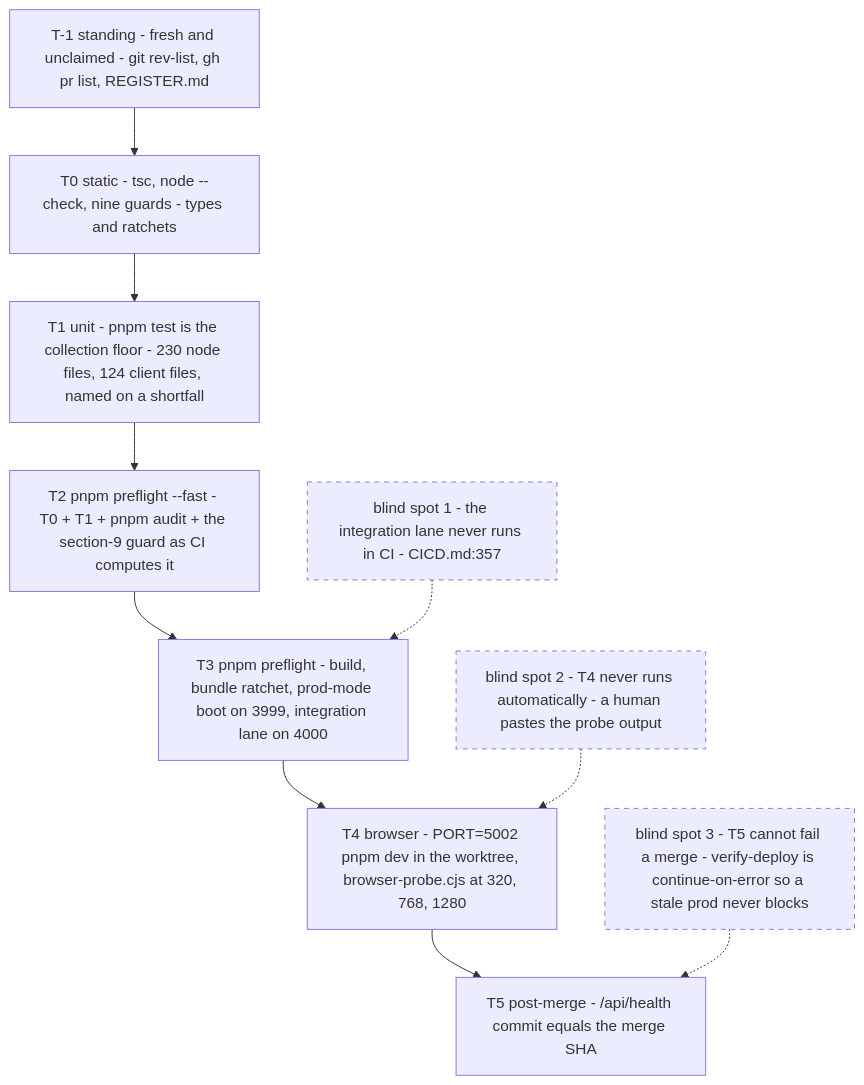
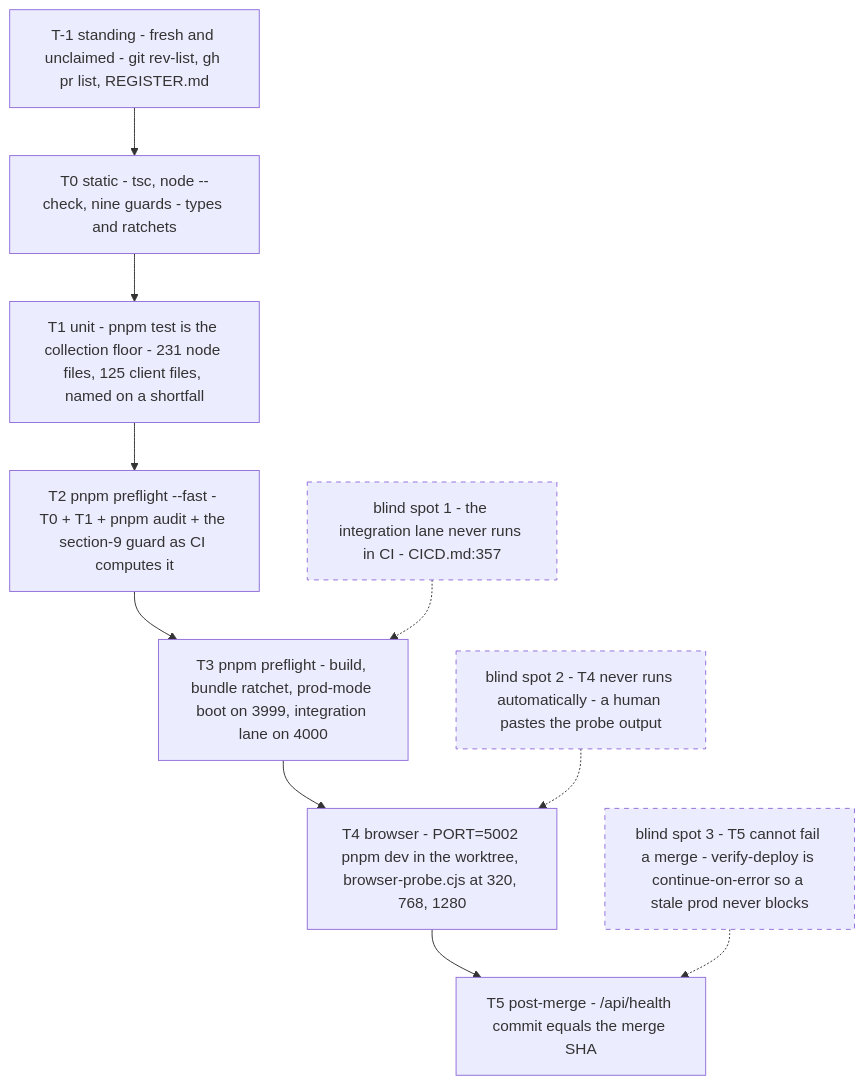
Before and after one commit to barakatammre84/Homiquity: the diagram in knowledge-base/handoff/12-loop-safe-build-playbook.md, drawn with Mermaid. The commit also changed other lines of this file and 16 other files, not shown here.

````diff
--- a/knowledge-base/handoff/12-loop-safe-build-playbook.md
+++ b/knowledge-base/handoff/12-loop-safe-build-playbook.md
@@ -71,15 +72,15 @@
 ```mermaid
 flowchart TD
   Tm1["T-1 standing - fresh and unclaimed - git rev-list, gh pr list, REGISTER.md"]
   T0["T0 static - tsc, node --check, nine guards - types and ratchets"]
-  T1["T1 unit - pnpm test is the collection floor - 230 node files, 124 client files, named on a shortfall"]
+  T1["T1 unit - pnpm test is the collection floor - 231 node files, 125 client files, named on a shortfall"]
   T2["T2 pnpm preflight --fast - T0 + T1 + pnpm audit + the section-9 guard as CI computes it"]
   T3["T3 pnpm preflight - build, bundle ratchet, prod-mode boot on 3999, integration lane on 4000"]
   T4["T4 browser - PORT=5002 pnpm dev in the worktree, browser-probe.cjs at 320, 768, 1280"]
   T5["T5 post-merge - /api/health commit equals the merge SHA"]
   Tm1 --> T0 --> T1 --> T2 --> T3 --> T4 --> T5
   B1["blind spot 1 - the integration lane never runs in CI - CICD.md:357"]:::blind -.-> T3
   B2["blind spot 2 - T4 never runs automatically - a human pastes the probe output"]:::blind -.-> T4
   B3["blind spot 3 - T5 cannot fail a merge - verify-deploy is continue-on-error so a stale prod never blocks"]:::blind -.-> T5
   classDef blind stroke-dasharray: 5 5
 ```
````
